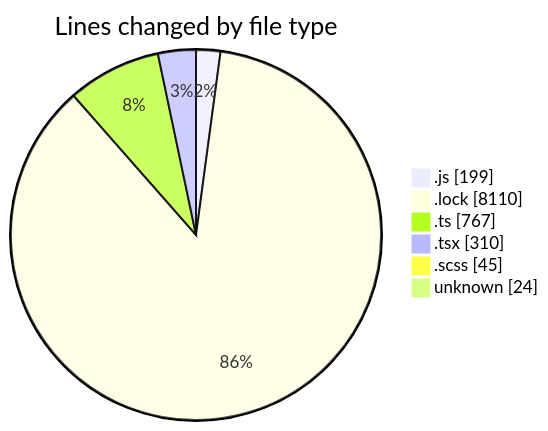
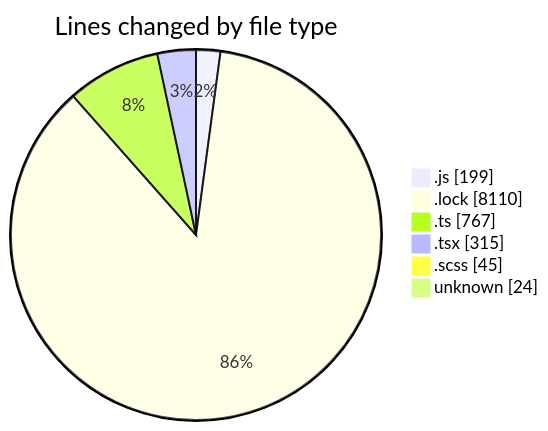
One commit to momahboobian/code-tracking changed the first of 2 diagrams in 2025-02-07/cda/README.md. Above: the diagram before and after it, drawn with Mermaid. The commit also changed other lines of this file and 1 other file, not shown here.

````diff
--- a/2025-02-07/cda/README.md
+++ b/2025-02-07/cda/README.md
@@ -47,10 +47,10 @@
 ```mermaid
 pie showData
 title Lines changed by file type
 ".js" : 199
 ".lock" : 8110
 ".ts" : 767
-".tsx" : 310
+".tsx" : 315
 ".scss" : 45
 "unknown" : 24
 ```
````
